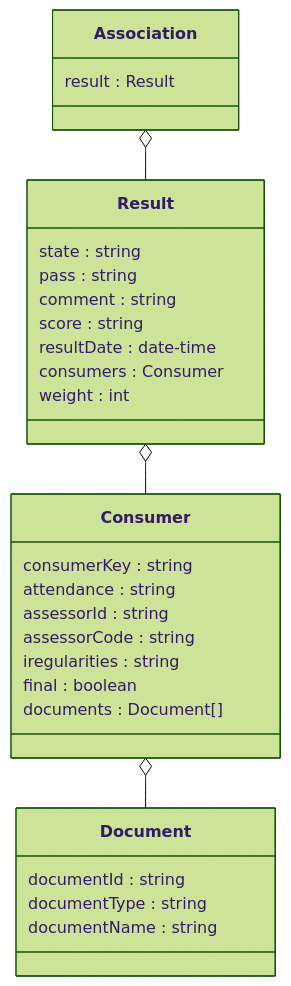
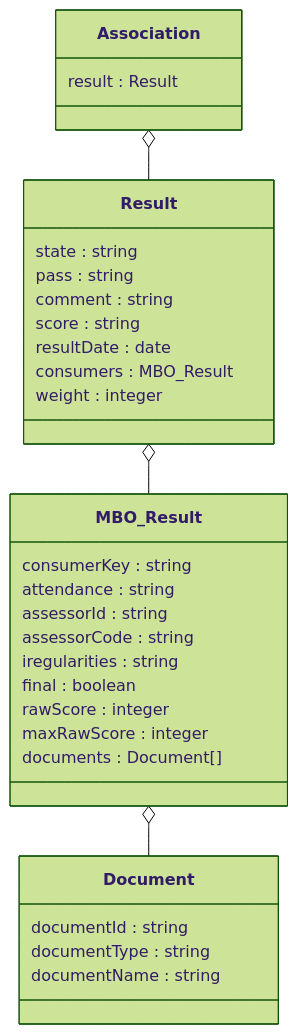
One commit to NetwerkExamineringDigitalisering/NED-OOAPI changed the second of 6 diagrams in doc/flow3.md. Above: the diagram before and after it, drawn with Mermaid (forest theme). The commit also changed other lines of this file, not shown here.

````diff
--- a/doc/flow3.md
+++ b/doc/flow3.md
@@ -22,32 +22,34 @@
 ```mermaid
 classDiagram
     class Association {
 	result : Result
     }
     class Result {
     	state : string
 	pass : string
 	comment : string
 	score : string
-	resultDate : date-time
-	consumers : Consumer
-	weight : int
+	resultDate : date
+	consumers : MBO_Result
+	weight : integer
     }
-    class Consumer {
+    class MBO_Result {
 	consumerKey : string
 	attendance : string
 	assessorId : string
 	assessorCode : string 
 	iregularities : string
 	final : boolean 
+	rawScore : integer 
+	maxRawScore : integer 
 	documents : Document[]
     }
     class Document {
 	documentId : string
 	documentType : string
 	documentName : string
     }
     Association o-- Result
-    Result o-- Consumer
-    Consumer o-- Document
+    Result o-- MBO_Result
+    MBO_Result o-- Document
 ```
````
